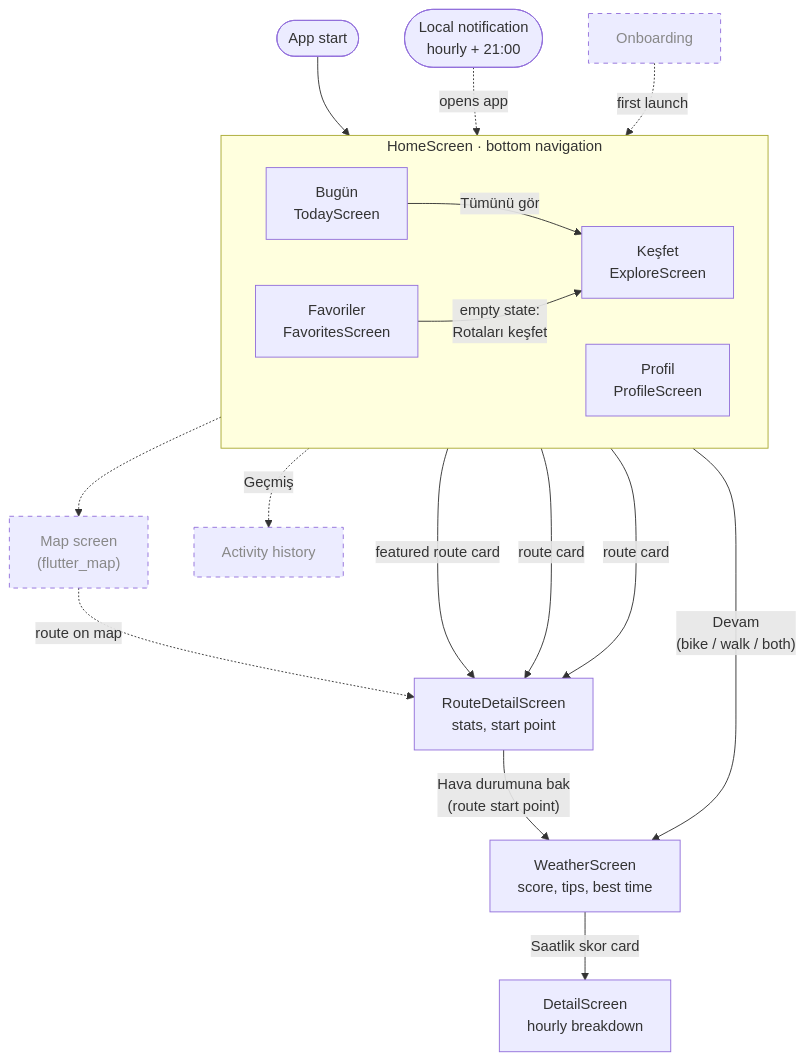
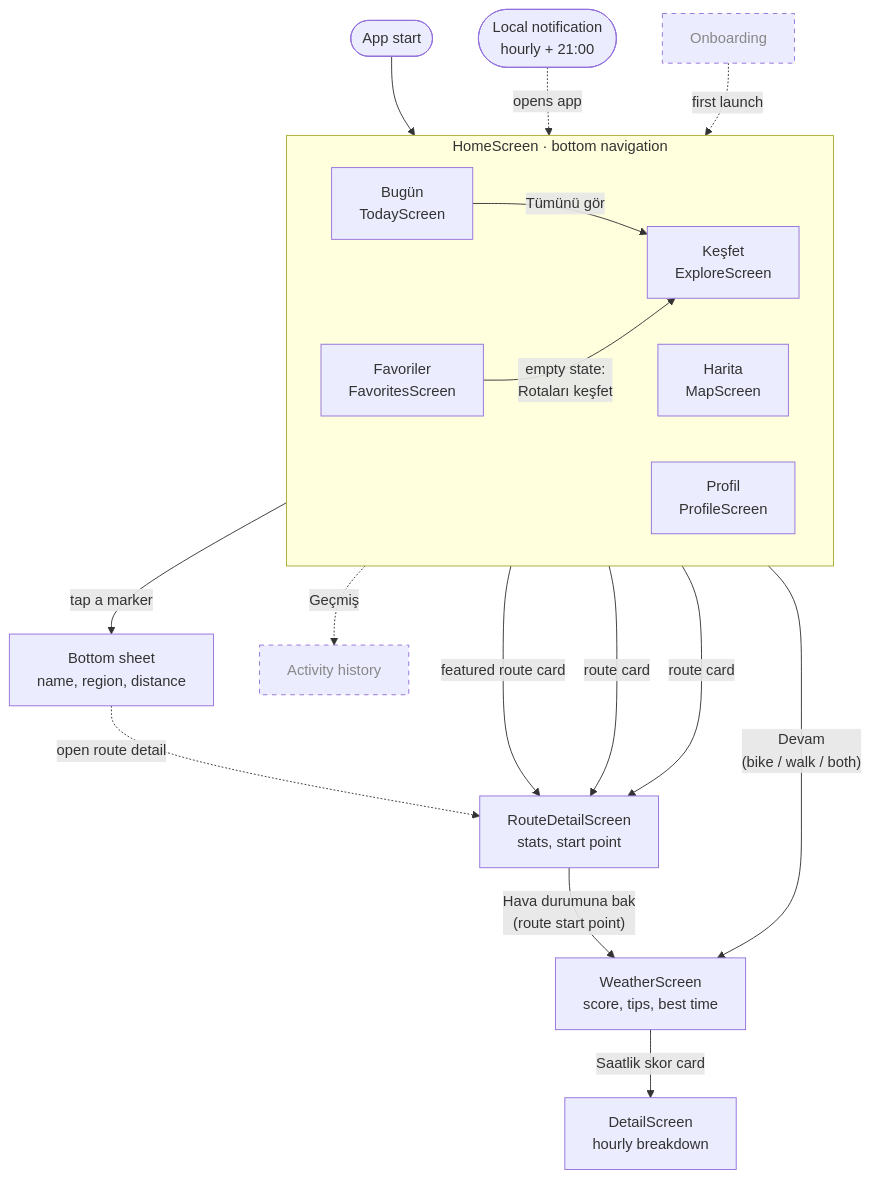
Before and after one commit to eliffshnn/Patikanos: the diagram in docs/navigation.md, drawn with Mermaid. The commit also changed other lines of this file and 7 other files, not shown here.

````diff
--- a/docs/navigation.md
+++ b/docs/navigation.md
@@ -18,32 +19,33 @@
 ```mermaid
 flowchart TD
     Start([App start]) --> Home
 
     subgraph Home["HomeScreen · bottom navigation"]
         direction LR
         Today["Bugün<br/>TodayScreen"]
         Explore["Keşfet<br/>ExploreScreen"]
+        Map["Harita<br/>MapScreen"]
         Favs["Favoriler<br/>FavoritesScreen"]
         Profile["Profil<br/>ProfileScreen"]
     end
 
     Today -- "Devam<br/>(bike / walk / both)" --> Weather["WeatherScreen<br/>score, tips, best time"]
     Today -- "Tümünü gör" --> Explore
     Today -- "featured route card" --> RouteDetail
 
     Explore -- "route card" --> RouteDetail["RouteDetailScreen<br/>stats, start point"]
     Favs -- "route card" --> RouteDetail
     Favs -- "empty state:<br/>Rotaları keşfet" --> Explore
 
     RouteDetail -- "Hava durumuna bak<br/>(route start point)" --> Weather
     Weather -- "Saatlik skor card" --> Hourly["DetailScreen<br/>hourly breakdown"]
 
     Notif(["Local notification<br/>hourly + 21:00"]) -. "opens app" .-> Home
 
     Onboarding["Onboarding"]:::planned -. "first launch" .-> Home
-    Map["Map screen<br/>(flutter_map)"]:::planned -. "route on map" .-> RouteDetail
-    Explore -.-> Map
+    Map -- "tap a marker" --> PinSheet["Bottom sheet<br/>name, region, distance"]
+    PinSheet -. "open route detail" .-> RouteDetail
     Favs -. "Geçmiş" .-> History["Activity history"]:::planned
 
     classDef planned stroke-dasharray: 5 5,color:#888
 ```
````
